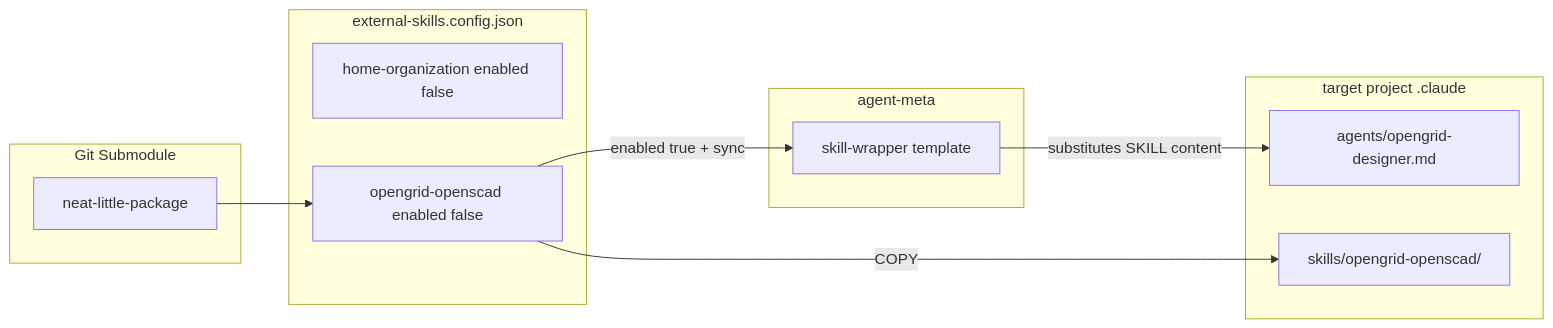
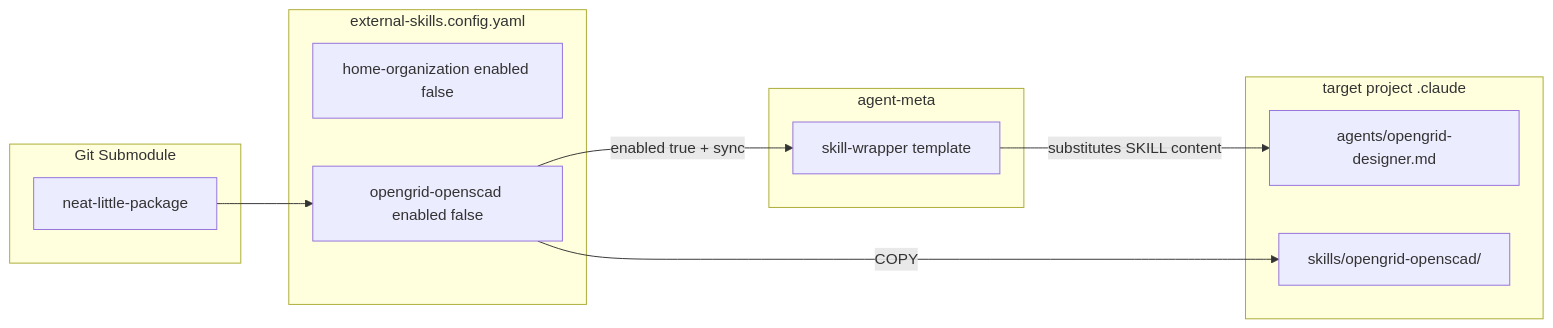
One commit to Popoboxxo/agent-meta changed the diagram in docs/architecture/05-external-skills.md. Above: the diagram before and after it, drawn with Mermaid. The commit also changed 32 other files, not shown here.

First line of the commit message:
feat: migrate config format from JSON to YAML

````diff
--- a/docs/architecture/05-external-skills.md
+++ b/docs/architecture/05-external-skills.md
@@ -5,25 +5,25 @@
 ```mermaid
 flowchart LR
     subgraph sub [Git Submodule]
         NLP[neat-little-package]
     end
 
-    subgraph cfg [external-skills.config.json]
+    subgraph cfg [external-skills.config.yaml]
         S1[home-organization enabled false]
         S2[opengrid-openscad enabled false]
     end
 
     subgraph meta [agent-meta]
         WR[skill-wrapper template]
     end
 
     subgraph out [target project .claude]
         AG[agents/opengrid-designer.md]
         SK[skills/opengrid-openscad/]
     end
 
     NLP --> S2
     S2 -->|enabled true + sync| WR
     WR -->|substitutes SKILL content| AG
     S2 -->|COPY| SK
 ```
````
